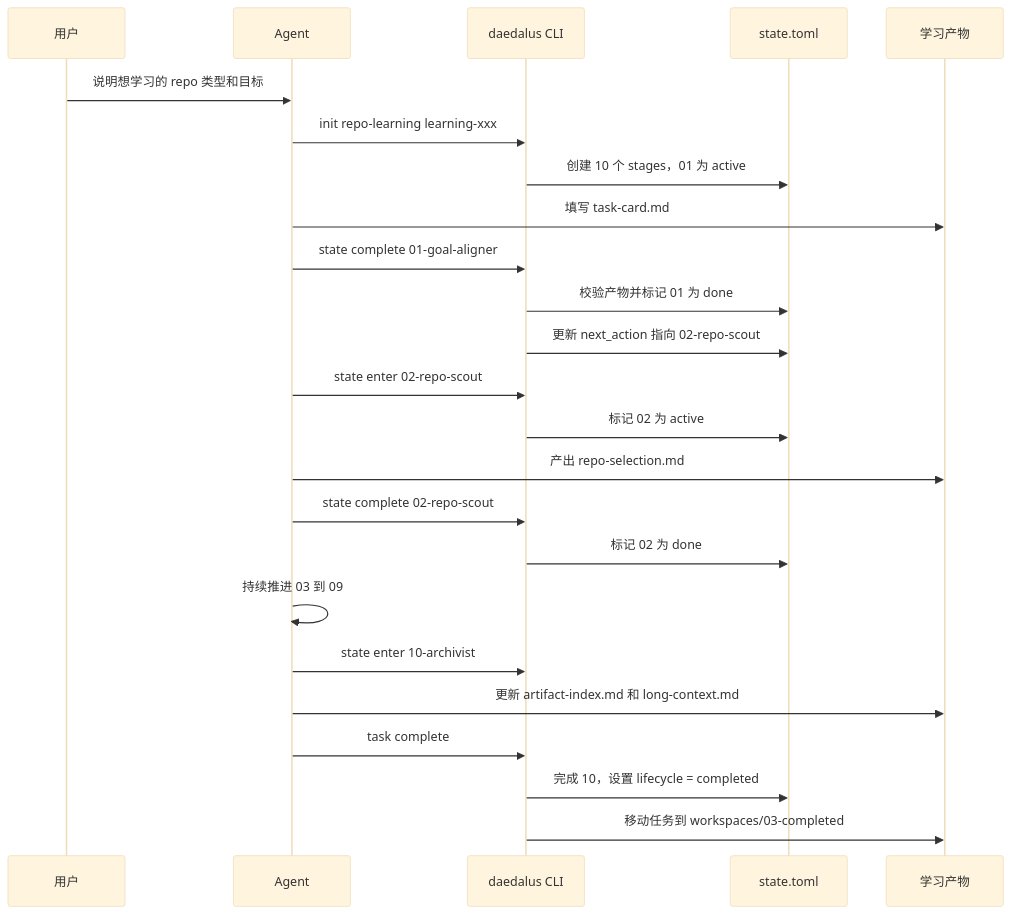
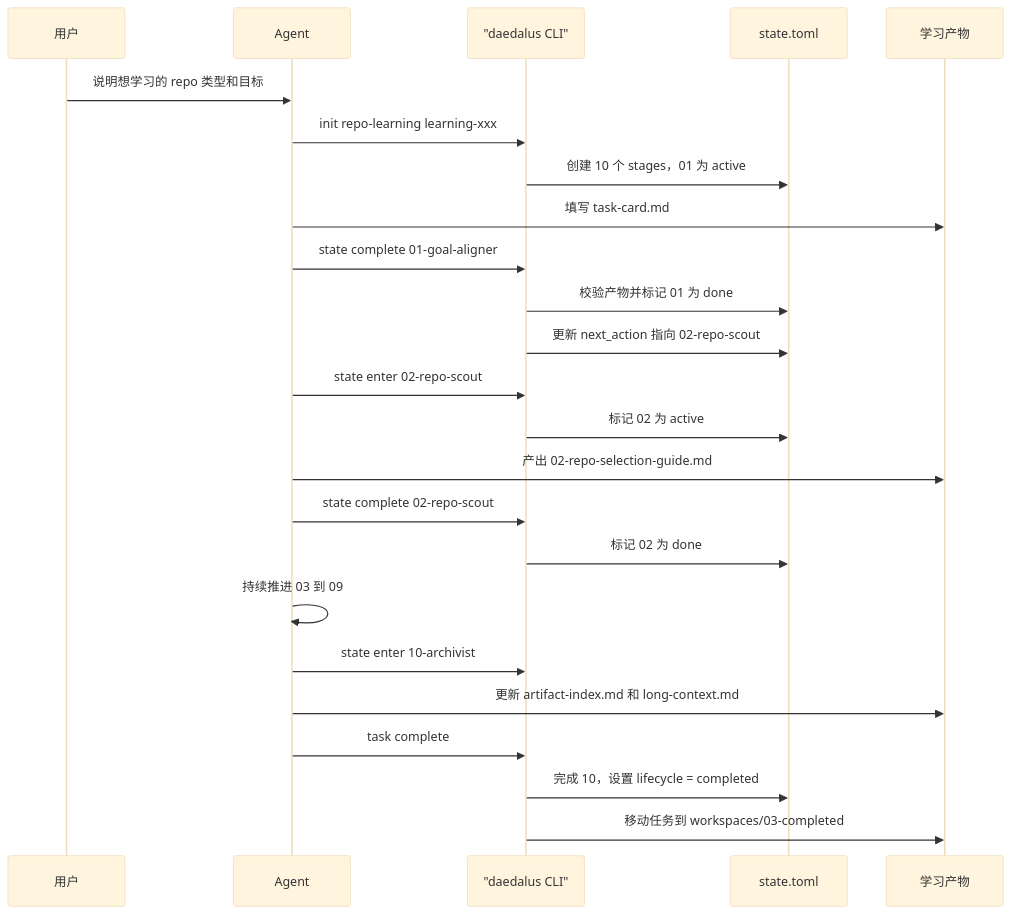
The fifth of 8 diagrams in crates/docs/repo-learning-stage-state-flow.md (hedon954/daedalus), drawn with Mermaid (base theme) before and after one commit. The commit also changed other lines of this file and 17 other files, not shown here.

````diff
--- a/crates/docs/repo-learning-stage-state-flow.md
+++ b/crates/docs/repo-learning-stage-state-flow.md
@@ -114,27 +114,27 @@
 ```mermaid
 sequenceDiagram
     participant User as 用户
     participant Agent as Agent
-    participant Cli as daedalus CLI
+    participant Cli as "daedalus CLI"
     participant State as state.toml
     participant Files as 学习产物
 
     User->>Agent: 说明想学习的 repo 类型和目标
     Agent->>Cli: init repo-learning learning-xxx
     Cli->>State: 创建 10 个 stages，01 为 active
     Agent->>Files: 填写 task-card.md
     Agent->>Cli: state complete 01-goal-aligner
     Cli->>State: 校验产物并标记 01 为 done
     Cli->>State: 更新 next_action 指向 02-repo-scout
     Agent->>Cli: state enter 02-repo-scout
     Cli->>State: 标记 02 为 active
-    Agent->>Files: 产出 repo-selection.md
+    Agent->>Files: 产出 02-repo-selection-guide.md
     Agent->>Cli: state complete 02-repo-scout
     Cli->>State: 标记 02 为 done
     Agent->>Agent: 持续推进 03 到 09
     Agent->>Cli: state enter 10-archivist
     Agent->>Files: 更新 artifact-index.md 和 long-context.md
     Agent->>Cli: task complete
     Cli->>State: 完成 10，设置 lifecycle = completed
     Cli->>Files: 移动任务到 workspaces/03-completed
 ```
````
